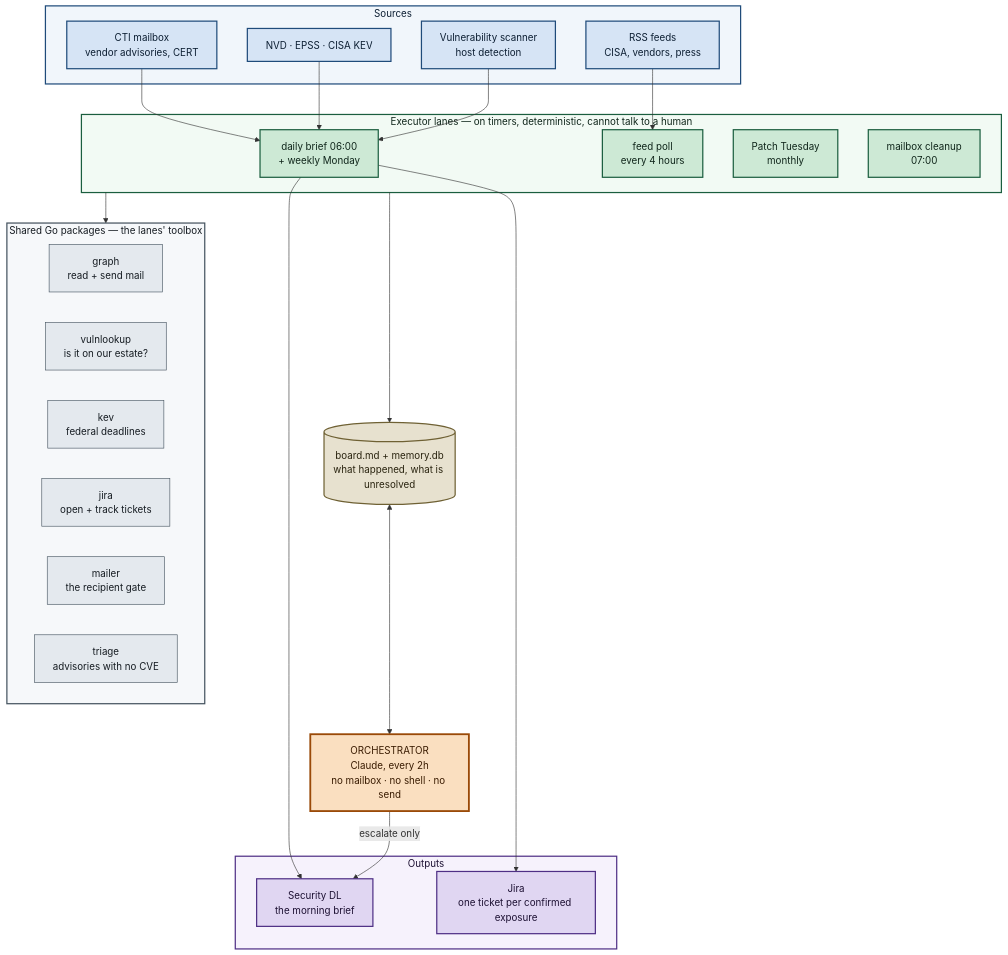
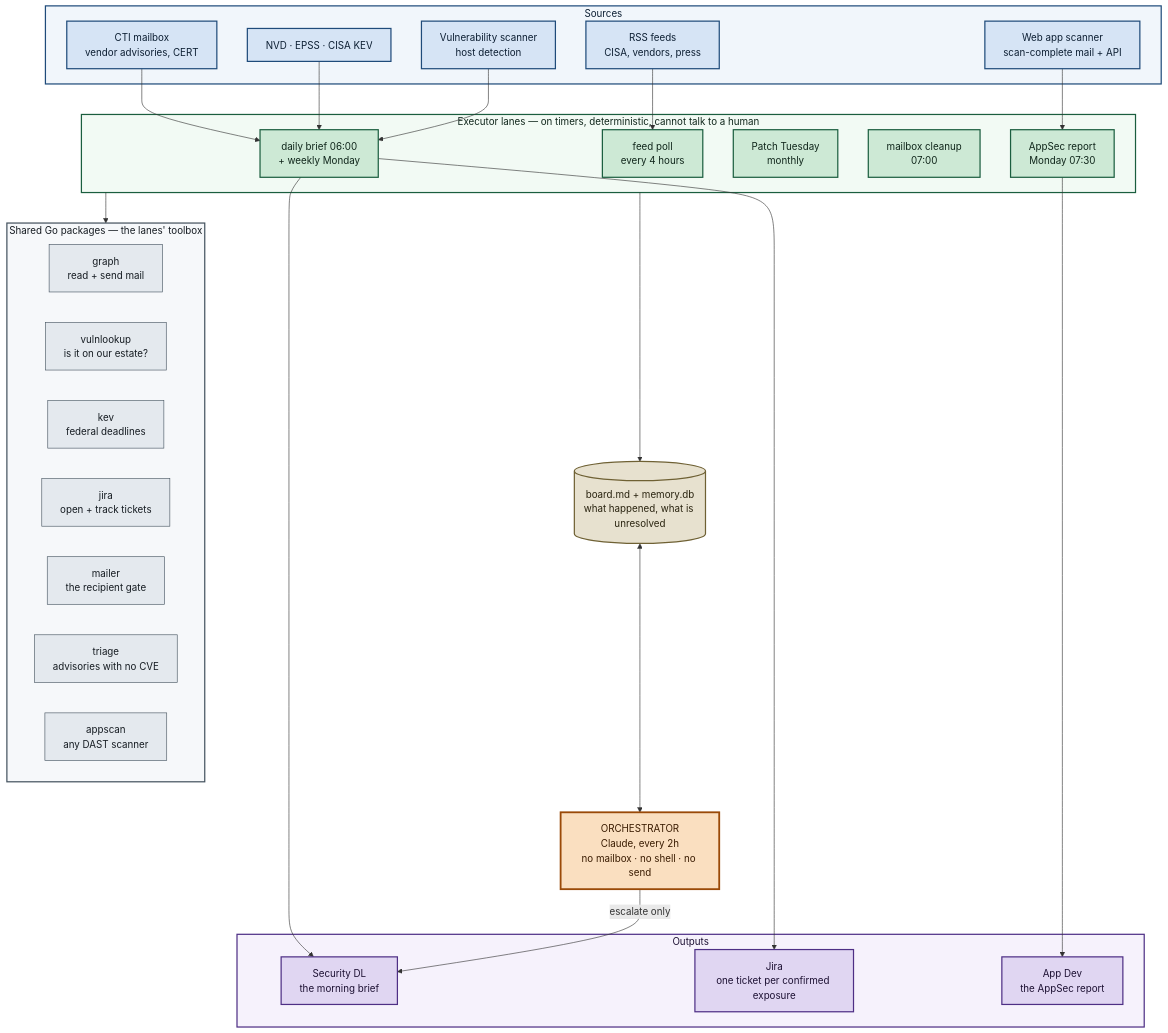
Before and after one commit to zany2dmax/cti-agent: the second of 2 diagrams in ARCHITECTURE.md, drawn with Mermaid. The commit also changed other lines of this file and 10 other files, not shown here.

First line of the commit message:
docs: the WebApp scanning lane, everywhere a lane is described

````diff
--- a/ARCHITECTURE.md
+++ b/ARCHITECTURE.md
@@ -111,63 +118,69 @@
 ```mermaid
 flowchart TB
     subgraph SRC["Sources"]
         MBX["CTI mailbox<br/>vendor advisories, CERT"]
         FEEDS["RSS feeds<br/>CISA, vendors, press"]
         NVD["NVD · EPSS · CISA KEV"]
         QUALYS["Vulnerability scanner<br/>host detection"]
+        DAST["Web app scanner<br/>scan-complete mail + API"]
     end
 
     subgraph LANES["Executor lanes — on timers, deterministic, cannot talk to a human"]
         DIGEST["daily brief 06:00<br/>+ weekly Monday"]
         SCOUT["feed poll<br/>every 4 hours"]
         PT["Patch Tuesday<br/>monthly"]
         CLEAN["mailbox cleanup<br/>07:00"]
+        APPSEC["AppSec report<br/>Monday 07:30"]
     end
 
     subgraph GO["Shared Go packages — the lanes' toolbox"]
         direction LR
         P1["graph<br/>read + send mail"]
         P2["vulnlookup<br/>is it on our estate?"]
         P3["kev<br/>federal deadlines"]
         P4["jira<br/>open + track tickets"]
         P5["mailer<br/>the recipient gate"]
         P6["triage<br/>advisories with no CVE"]
+        P7["appscan<br/>any DAST scanner"]
     end
 
     subgraph OUT["Outputs"]
         EMAIL["Security DL<br/>the morning brief"]
         TICKET["Jira<br/>one ticket per confirmed exposure"]
+        APPDEV["App Dev<br/>the AppSec report"]
     end
 
     ORCH2["ORCHESTRATOR<br/>Claude, every 2h<br/>no mailbox · no shell · no send"]
     STATE[("board.md + memory.db<br/>what happened, what is unresolved")]
 
     MBX --> DIGEST
     FEEDS --> SCOUT
     NVD --> DIGEST
     QUALYS --> DIGEST
+    DAST --> APPSEC
     LANES --> GO
     DIGEST --> EMAIL
     DIGEST --> TICKET
+    APPSEC --> APPDEV
     LANES --> STATE
     STATE <--> ORCH2
     ORCH2 -->|"escalate only"| EMAIL
 
     %% Same reasoning as the first diagram: no node is left to the theme.
     classDef source fill:#d6e4f5,stroke:#1f4b7a,stroke-width:2px,color:#0d1f33
     classDef lane   fill:#cde9d5,stroke:#1b5e3f,stroke-width:2px,color:#10261b
     classDef pkg    fill:#e4e9ee,stroke:#44525e,stroke-width:1px,color:#161c22
     classDef out    fill:#e0d6f2,stroke:#4e2f85,stroke-width:2px,color:#1d1133
     classDef orch   fill:#fadfc0,stroke:#9a4a08,stroke-width:3px,color:#3a1c02
     classDef store  fill:#e7e1cf,stroke:#6f6134,stroke-width:2px,color:#2a2410
-    class MBX,FEEDS,NVD,QUALYS source
-    class DIGEST,SCOUT,PT,CLEAN lane
-    class P1,P2,P3,P4,P5,P6 pkg
-    class EMAIL,TICKET out
+    class MBX,FEEDS,NVD,QUALYS,DAST source
+    class DIGEST,SCOUT,PT,CLEAN,APPSEC lane
+    class P1,P2,P3,P4,P5,P6,P7 pkg
+    class EMAIL,TICKET,APPDEV out
     class ORCH2 orch
     class STATE store
     style SRC   fill:#f1f6fb,stroke:#1f4b7a,stroke-width:2px,color:#0d1f33
     style LANES fill:#f2faf4,stroke:#1b5e3f,stroke-width:2px,color:#10261b
     style GO    fill:#f6f8fa,stroke:#44525e,stroke-width:2px,color:#161c22
     style OUT   fill:#f6f2fc,stroke:#4e2f85,stroke-width:2px,color:#1d1133
 ```
````
